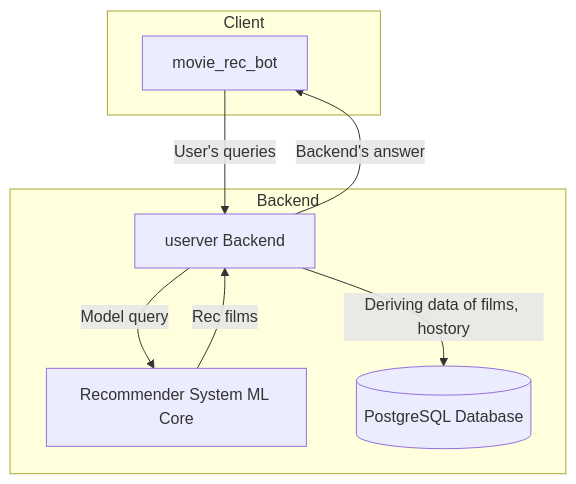
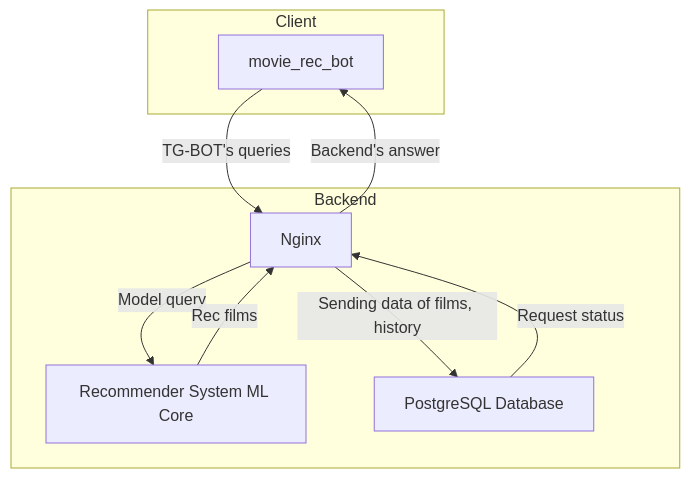
The first of 2 diagrams in README.md (Sosylka19/rec_sys), drawn with Mermaid before and after one commit. The commit also changed other lines of this file and 1 other file, not shown here.

````diff
--- a/README.md
+++ b/README.md
@@ -5,18 +5,19 @@
 ```mermaid
     flowchart TD
         subgraph Client
             TG[movie_rec_bot]
         end
 
         subgraph Backend
-            API[userver Backend]
+            API[Nginx]
             RS[Recommender System ML Core]
-            DB[(PostgreSQL Database)]
+            DB[PostgreSQL Database]
         end
 
-        TG -->|User's queries| API
-        API -->|Deriving data of films, hostory| DB
+        TG -->|TG-BOT's queries| API
+        API -->|Sending data of films, history| DB
         API -->|Model query| RS
         RS -->|Rec films| API
         API -->|Backend's answer| TG
+        DB --> |Request status| API
 ```
````
